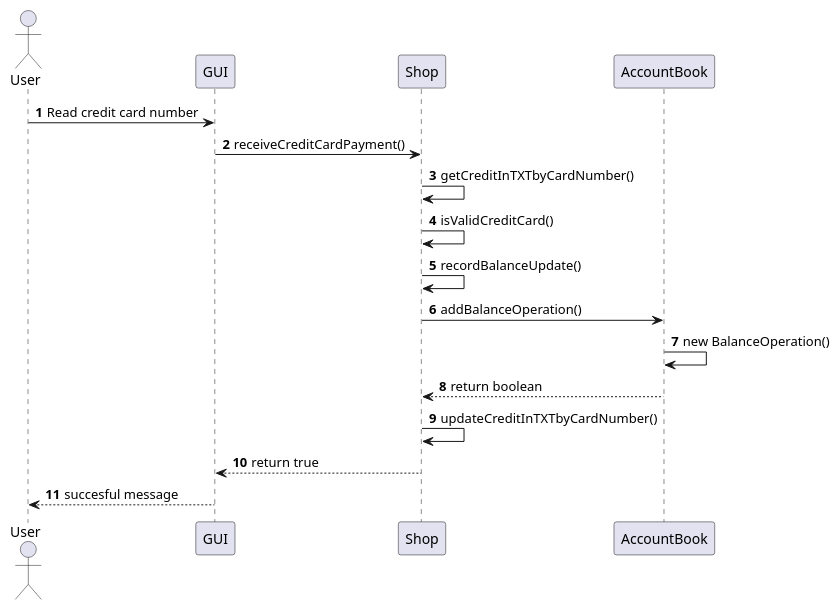
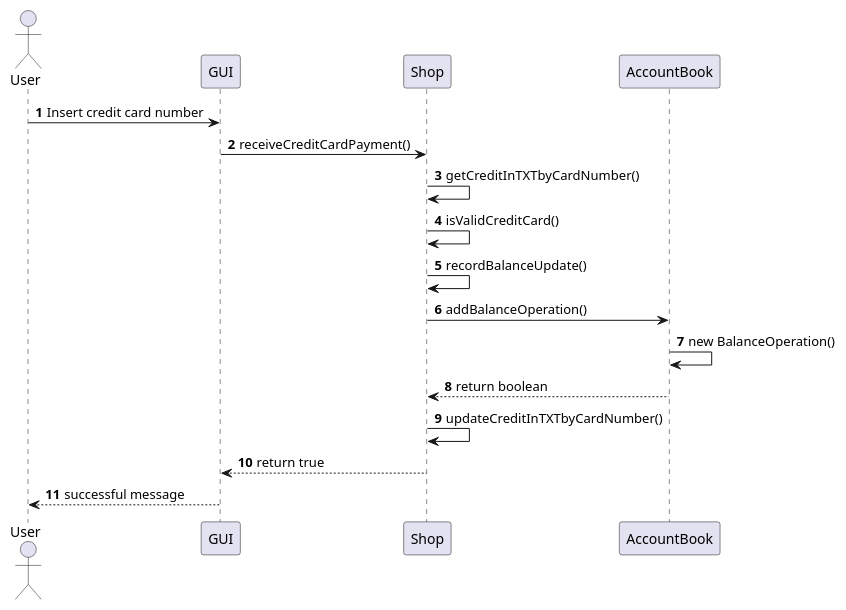
Before and after one commit to Stormz4/group20-EzShop: diagram 18 of 23 in Deliverables/DesignDocument.md, drawn with PlantUML. The commit also changed other lines of this file, not shown here.

````diff
--- a/Deliverables/DesignDocument.md
+++ b/Deliverables/DesignDocument.md
@@ -611,17 +678,17 @@
 ```plantuml
 @startuml
 Actor User
 autonumber
-User -> GUI: Read credit card number
+User -> GUI: Insert credit card number
 GUI -> Shop: receiveCreditCardPayment()
 Shop -> Shop: getCreditInTXTbyCardNumber()
 Shop -> Shop: isValidCreditCard()
 Shop -> Shop: recordBalanceUpdate()
 Shop -> AccountBook: addBalanceOperation()
 AccountBook -> AccountBook: new BalanceOperation()
 AccountBook --> Shop: return boolean
 Shop -> Shop: updateCreditInTXTbyCardNumber()
 Shop --> GUI: return true
-GUI --> User: succesful message
+GUI --> User: successful message
 @enduml
 ```
````
